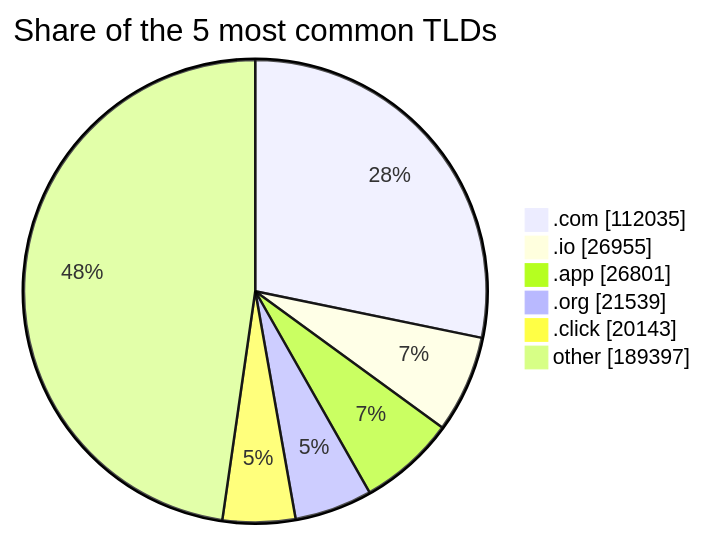
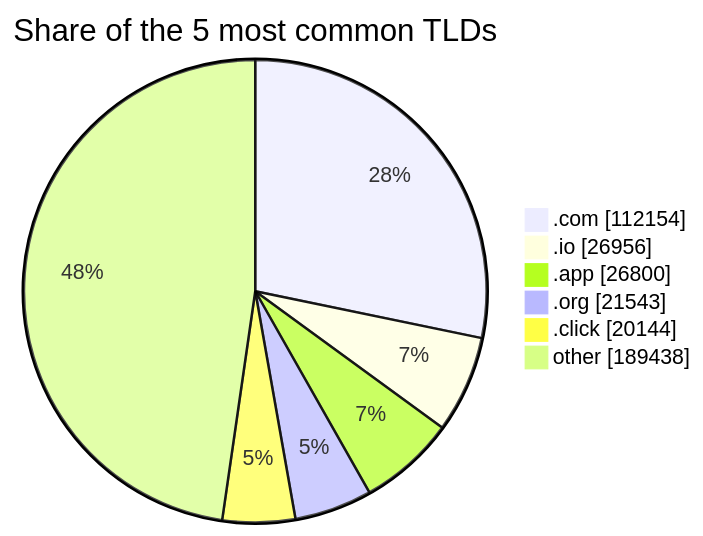
The third of 3 diagrams in README.md (DNSBunker/CTI), drawn with Mermaid before and after one commit. The commit also changed other lines of this file and 3 other files, not shown here.

````diff
--- a/README.md
+++ b/README.md
@@ -81,9 +81,9 @@
 ```mermaid
 pie showData title Share of the 5 most common TLDs
-    ".com" : 112035
-    ".io" : 26955
-    ".app" : 26801
-    ".org" : 21539
-    ".click" : 20143
-    "other" : 189397
+    ".com" : 112154
+    ".io" : 26956
+    ".app" : 26800
+    ".org" : 21543
+    ".click" : 20144
+    "other" : 189438
 ```
````
